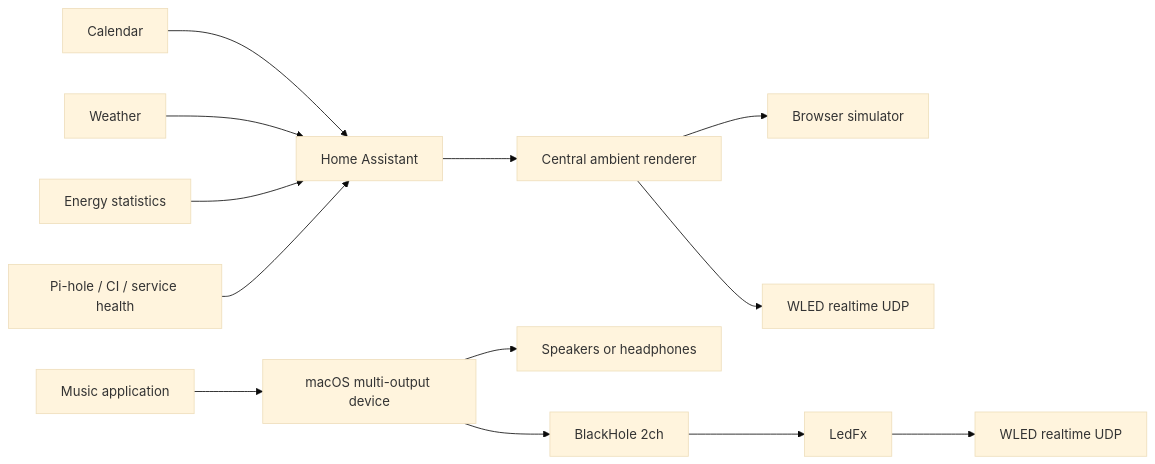
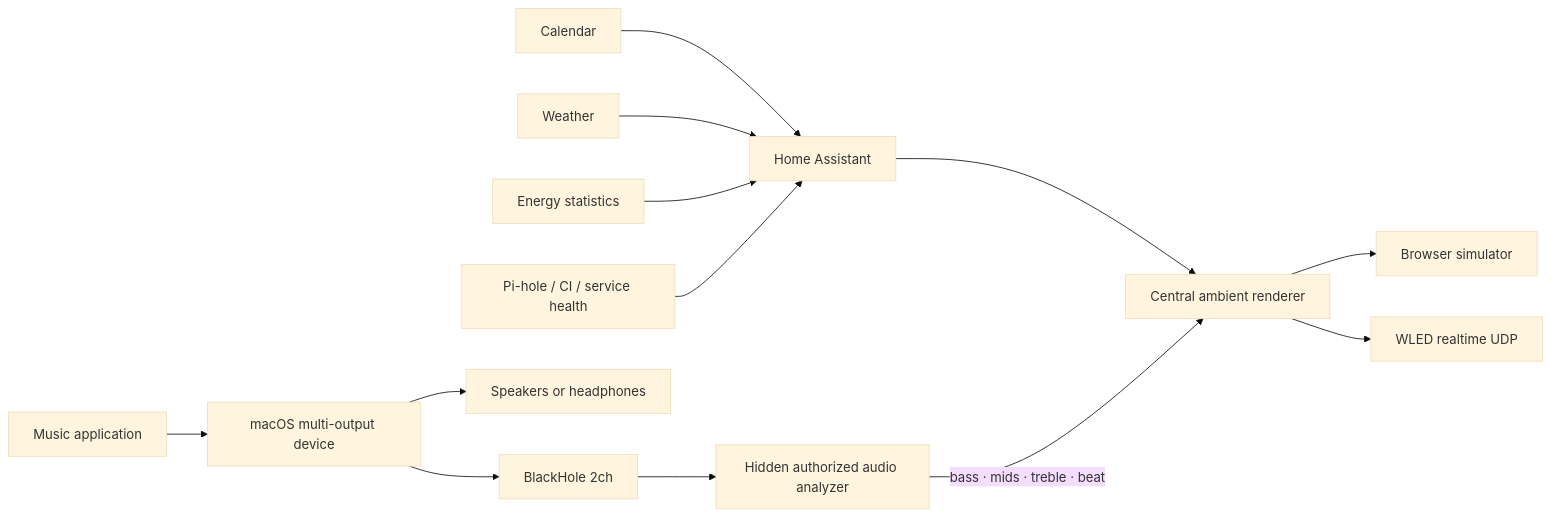
Before and after one commit to MichaelVoth/ambient-wled-display: the diagram in README.md, drawn with Mermaid (base theme). The commit also changed other lines of this file and 18 other files, not shown here.

````diff
--- a/README.md
+++ b/README.md
@@ -49,15 +49,15 @@
 ```mermaid
 flowchart LR
   HA["Home Assistant"] --> Controller["Central ambient renderer"]
   Calendar["Calendar"] --> HA
   Weather["Weather"] --> HA
   Energy["Energy statistics"] --> HA
   Health["Pi-hole / CI / service health"] --> HA
   Controller --> Preview["Browser simulator"]
   Controller --> API["WLED realtime UDP"]
   Music["Music application"] --> Multi["macOS multi-output device"]
   Multi --> Speakers["Speakers or headphones"]
   Multi --> BlackHole["BlackHole 2ch"]
-  BlackHole --> LedFx["LedFx"]
-  LedFx --> Realtime["WLED realtime UDP"]
+  BlackHole --> Analyzer["Hidden authorized audio analyzer"]
+  Analyzer -->|"bass · mids · treble · beat"| Controller
 ```
````
